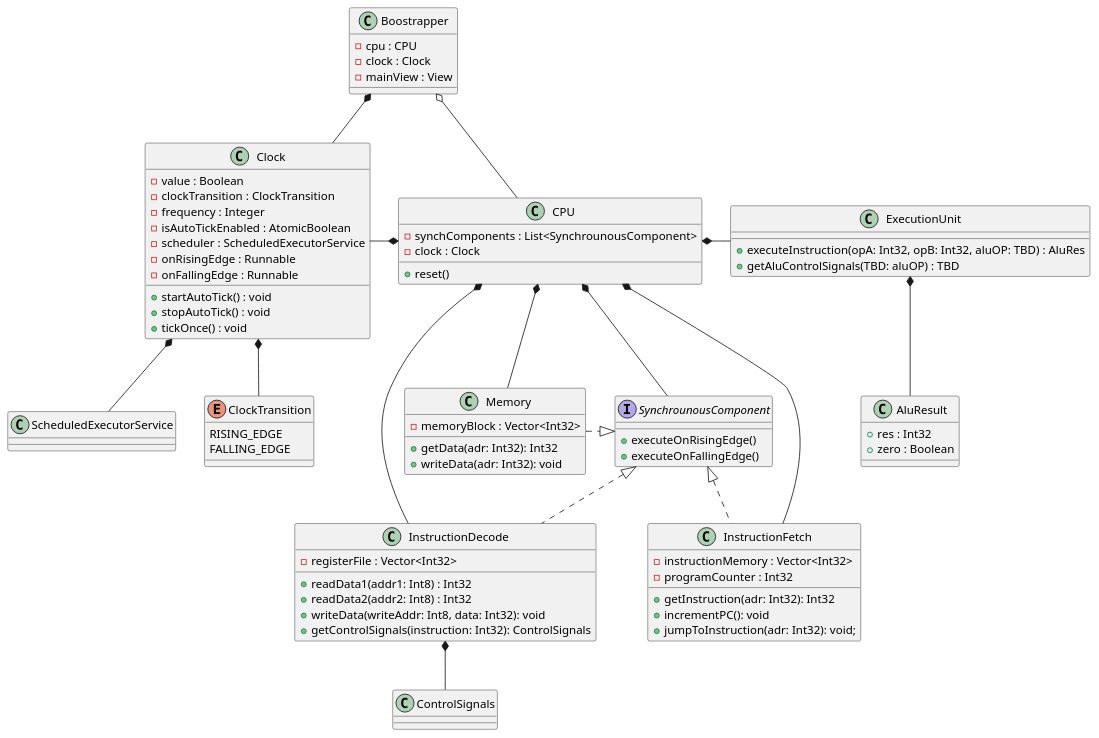
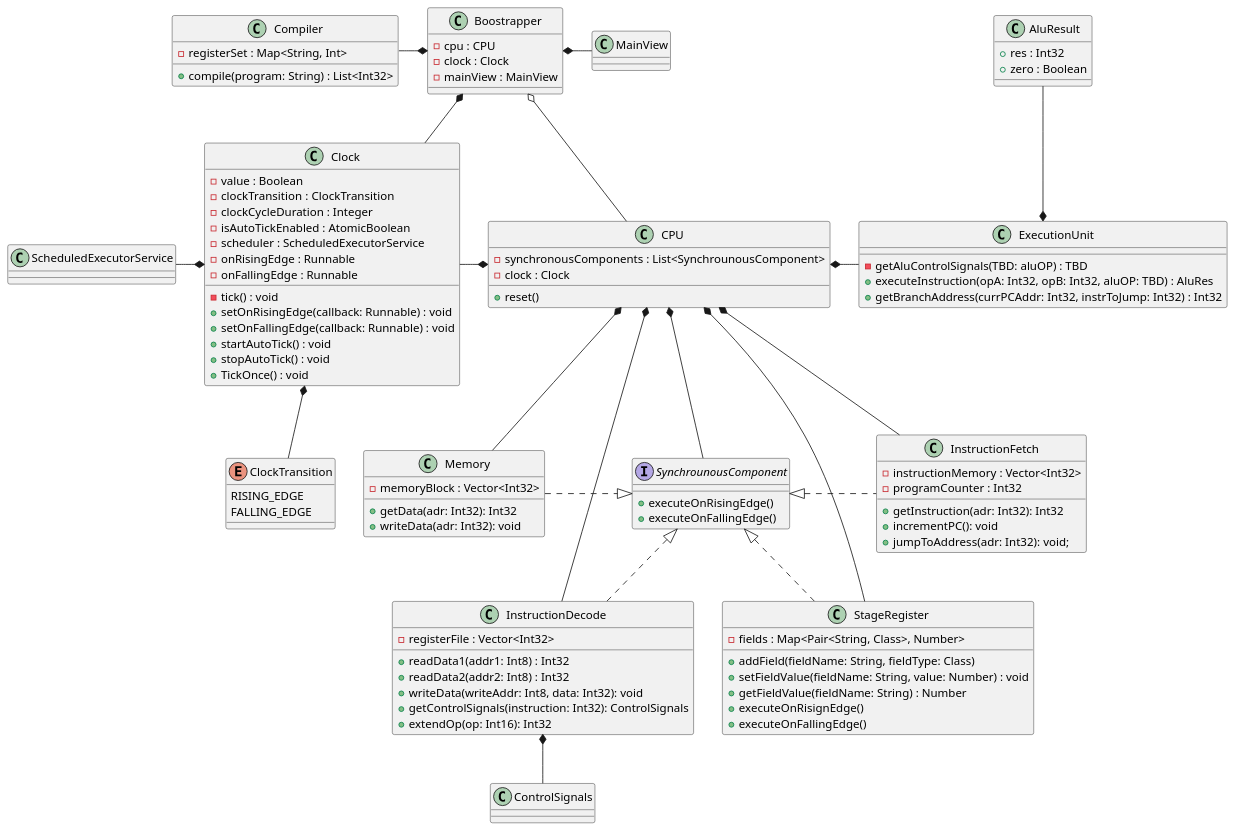
The diagram in Diagrams/ClassDiagram.plantuml (bmarcu13/MIPS32PipelineSimulator), drawn with PlantUML before and after one commit. The commit also changed 6 other files, not shown here.

Commit message:
Added diagrams

```diff
--- a/Diagrams/ClassDiagram.plantuml
+++ b/Diagrams/ClassDiagram.plantuml
@@ -1,101 +1,128 @@
 @startuml CPU Simulator
 
 Boostrapper o-- CPU
 Boostrapper *-- Clock
+Boostrapper *-right- MainView
+Boostrapper *-left- Compiler
 
 Clock *-- ClockTransition
-Clock *-- ScheduledExecutorService
+Clock *-left- ScheduledExecutorService
 
 CPU *-- SynchrounousComponent
 CPU *-- InstructionFetch
 CPU *-- InstructionDecode
 CPU *-right- ExecutionUnit
 CPU *-- Memory
 CPU *-left- Clock
+CPU *-- StageRegister
 
+StageRegister .up.|> SynchrounousComponent
 
-ExecutionUnit *-- AluResult
+ExecutionUnit *-up- AluResult
 
 InstructionDecode *-- ControlSignals 
 
 SynchrounousComponent <|.. InstructionDecode
-SynchrounousComponent <|.. InstructionFetch
+SynchrounousComponent <|.right. InstructionFetch
 SynchrounousComponent <|.left. Memory
 
 
 
 enum ClockTransition{
     RISING_EDGE
     FALLING_EDGE
 }
 
 class AluResult{
     + res : Int32
     + zero : Boolean
 }
 
 class ControlSignals {
 
 }
 
 interface SynchrounousComponent {
     + executeOnRisingEdge()
     + executeOnFallingEdge()
 }
 
 class Boostrapper {
     - cpu : CPU
     - clock : Clock
-    - mainView : View
+    - mainView : MainView
 }
 
 class CPU {
-    - synchComponents : List<SynchrounousComponent>
+    - synchronousComponents : List<SynchrounousComponent>
     - clock : Clock
     + reset()
 }
 
 class Clock {
     - value : Boolean
     - clockTransition : ClockTransition
-    - frequency : Integer
+    - clockCycleDuration : Integer
     - isAutoTickEnabled : AtomicBoolean
     - scheduler : ScheduledExecutorService
     - onRisingEdge : Runnable
     - onFallingEdge : Runnable
+    - tick() : void
+    + setOnRisingEdge(callback: Runnable) : void
+    + setOnFallingEdge(callback: Runnable) : void
     + startAutoTick() : void
     + stopAutoTick() : void
-    + tickOnce() : void
+    + TickOnce() : void
 }
 
 class Memory {
     - memoryBlock : Vector<Int32>
 }
 
 class InstructionFetch {
     - instructionMemory : Vector<Int32>
     - programCounter : Int32
     + getInstruction(adr: Int32): Int32
     + incrementPC(): void
-    + jumpToInstruction(adr: Int32): void;
+    + jumpToAddress(adr: Int32): void;
 }
 
 class InstructionDecode {
     - registerFile : Vector<Int32>
     + readData1(addr1: Int8) : Int32
     + readData2(addr2: Int8) : Int32
     + writeData(writeAddr: Int8, data: Int32): void
     + getControlSignals(instruction: Int32): ControlSignals
+    + extendOp(op: Int16): Int32
 }
 
 class ExecutionUnit {
+    - getAluControlSignals(TBD: aluOP) : TBD
     + executeInstruction(opA: Int32, opB: Int32, aluOP: TBD) : AluRes
-    + getAluControlSignals(TBD: aluOP) : TBD
+    + getBranchAddress(currPCAddr: Int32, instrToJump: Int32) : Int32
 }
 
 class Memory {
     + getData(adr: Int32): Int32
     + writeData(adr: Int32): void
 }
 
+class StageRegister {
+    - fields : Map<Pair<String, Class>, Number>
+    + addField(fieldName: String, fieldType: Class)
+    + setFieldValue(fieldName: String, value: Number) : void
+    + getFieldValue(fieldName: String) : Number
+    + executeOnRisignEdge()
+    + executeOnFallingEdge()
+}
+
+class MainView {
+
+}
+
+class Compiler {
+    - registerSet : Map<String, Int>
+    + compile(program: String) : List<Int32>
+}
+
 @enduml
```
